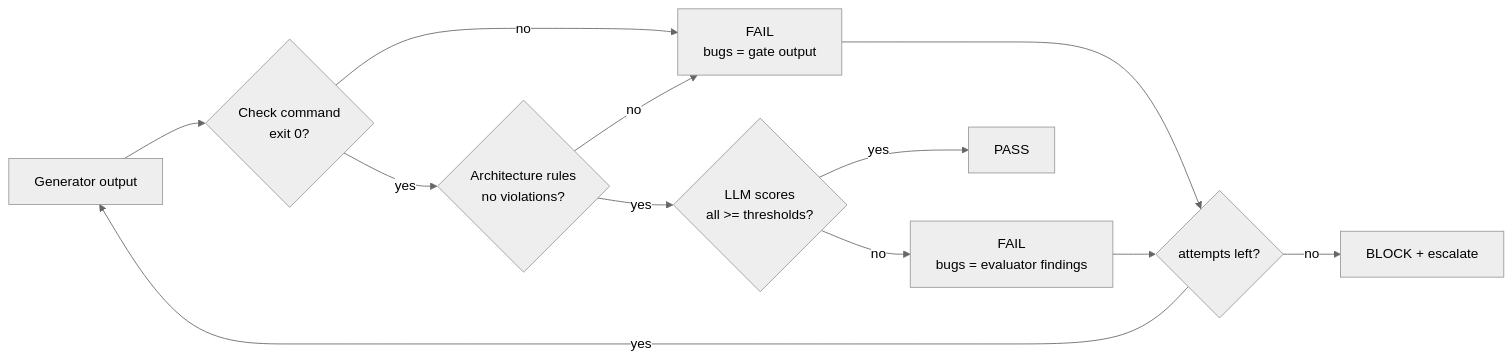
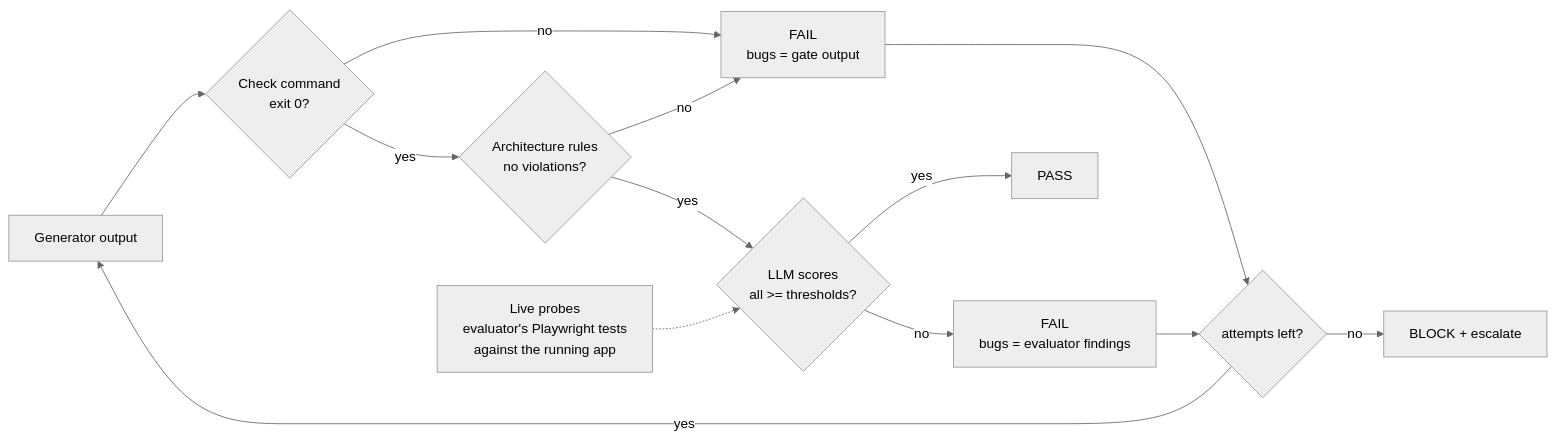
One commit to anandnarayanan2017/ai-assisted-sdlc changed the fourth of 9 diagrams in docs/architecture.md. Above: the diagram before and after it, drawn with Mermaid (neutral theme). The commit also changed other lines of this file and 18 other files, not shown here.

First line of the commit message:
Add live Playwright probes and human calibration for the evaluator (#6)

````diff
--- a/docs/architecture.md
+++ b/docs/architecture.md
@@ -129,14 +129,15 @@
 ```mermaid
 flowchart LR
     A[Generator output] --> B{Check command<br/>exit 0?}
     B -- no --> F[FAIL<br/>bugs = gate output]
     B -- yes --> AR{Architecture rules<br/>no violations?}
     AR -- no --> F
     AR -- yes --> C{LLM scores<br/>all >= thresholds?}
     C -- no --> G[FAIL<br/>bugs = evaluator findings]
     C -- yes --> D[PASS]
+    P[Live probes<br/>evaluator's Playwright tests<br/>against the running app] -.-> C
     F --> R{attempts left?}
     G --> R
     R -- yes --> A
     R -- no --> X[BLOCK + escalate]
 ```
````
